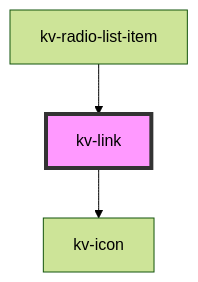
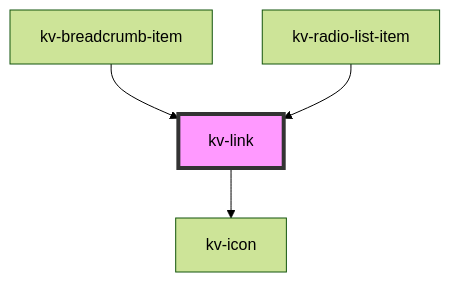
The diagram in packages/ui-components/src/components/link/readme.md (kelvininc/ui-components), drawn with Mermaid (forest theme) before and after one commit. The commit also changed other lines of this file and 14 other files, not shown here.

First line of the commit message:
feat(breadcrumb-item, link, text-area): refactor breadcrumb to use kv-link and migrate text-area to design tokens

````diff
--- a/packages/ui-components/src/components/link/readme.md
+++ b/packages/ui-components/src/components/link/readme.md
@@ -113,6 +114,7 @@
 ```mermaid
 graph TD;
   kv-link --> kv-icon
+  kv-breadcrumb-item --> kv-link
   kv-radio-list-item --> kv-link
   style kv-link fill:#f9f,stroke:#333,stroke-width:4px
 ```
````
